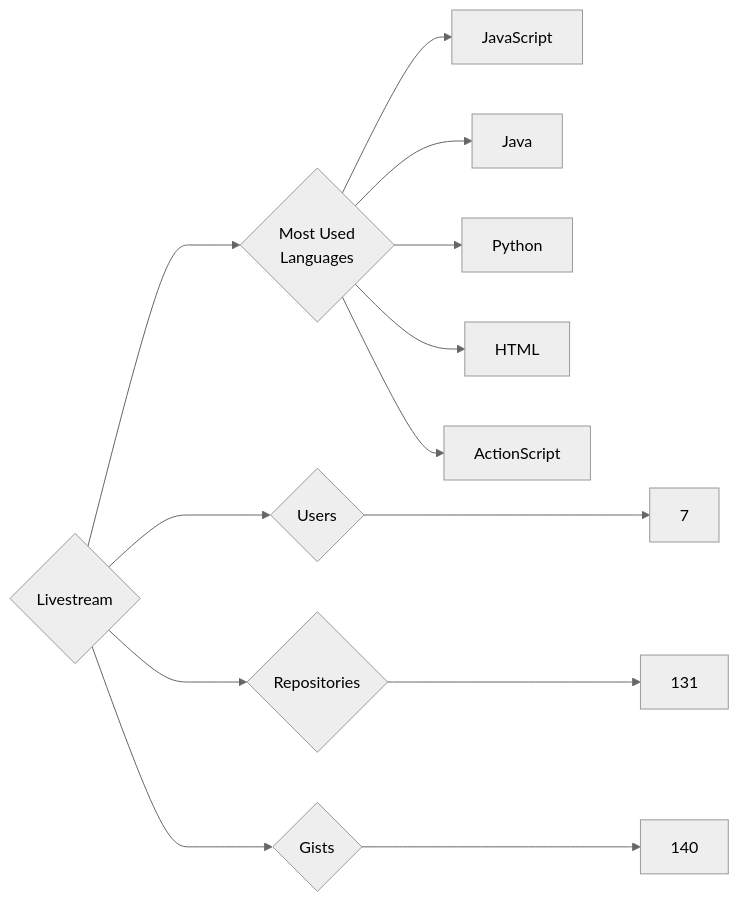
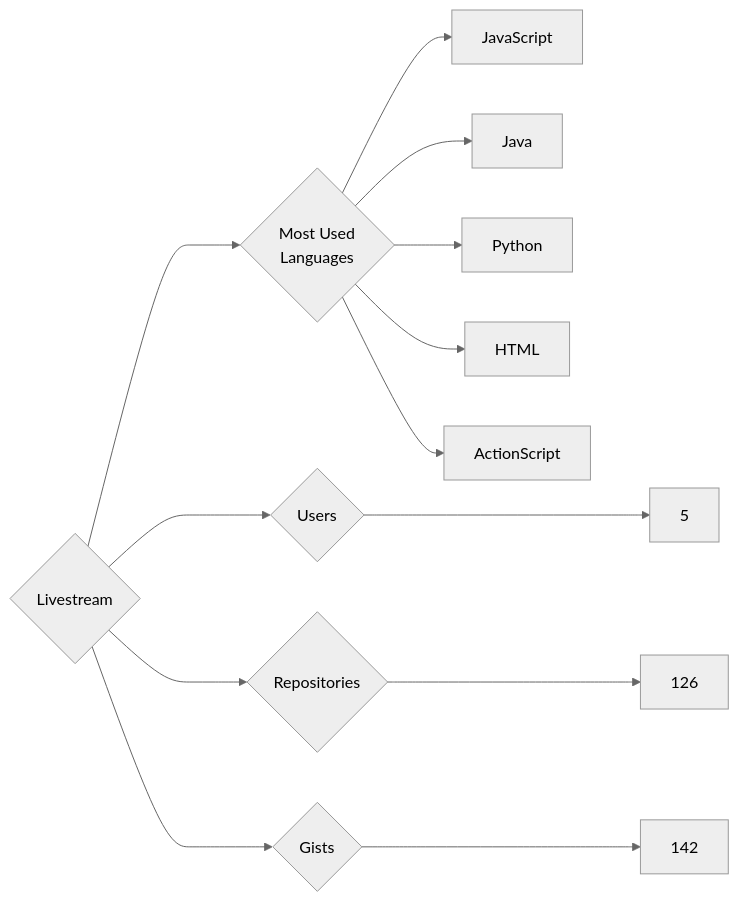
One commit to trickest/insiders changed the diagram in targets/Livestream/README.md. Above: the diagram before and after it, drawn with Mermaid (neutral theme). The commit also changed 932 other files, not shown here.

````diff
--- a/targets/Livestream/README.md
+++ b/targets/Livestream/README.md
@@ -3,13 +3,13 @@
 ```mermaid
 graph LR
 COMPANY_NAME{Livestream}
-COMPANY_NAME ---> U{Users} ---> UN[7]
-COMPANY_NAME ---> R{Repositories} ---> RN[131]
-COMPANY_NAME ---> G{Gists} ---> GN[140]
+COMPANY_NAME ---> U{Users} ---> UN[5]
+COMPANY_NAME ---> R{Repositories} ---> RN[126]
+COMPANY_NAME ---> G{Gists} ---> GN[142]
 COMPANY_NAME ---> ML{Most Used<br>Languages}
 ML --> JavaScript[JavaScript]
 ML --> Java[Java]
 ML --> Python[Python]
 ML --> HTML[HTML]
 ML --> ActionScript[ActionScript]
 ```
````
